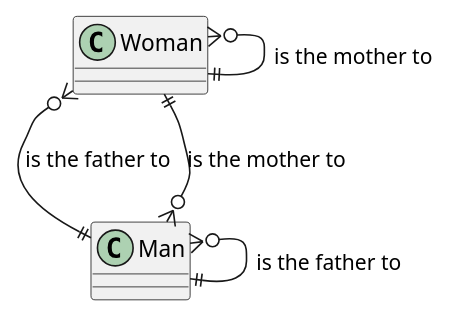
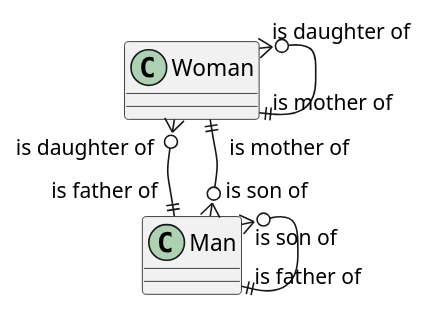
Before and after one commit to consoleaf/BD_B2019_PING_6: the fourth of 5 diagrams in Practice 2/Yakshibaev/README.org, drawn with PlantUML. The commit also changed other lines of this file and 6 other files, not shown here.

```diff
--- a/Practice 2/Yakshibaev/README.org
+++ b/Practice 2/Yakshibaev/README.org
@@ -120,7 +122,7 @@
-#+begin_src plantuml :file img/2_3.png :exports both
-Woman }o--|| Woman: is the mother to
-Man }o--|| Woman: is the mother to
+#+begin_src plantuml :file img/2_3.png :exports both :cache yes
+Woman "is daughter of" }o--|| "is mother of" Woman
+Man "is son of" }o-Down-|| "is mother of" Woman
 
-Woman }o--|| Man: is the father to
-Man }o--|| Man: is the father to
+Woman "is daughter of" }o--|| "is father of" Man
+Man "is son of" }o--|| "is father of" Man
 #+end_src
```
